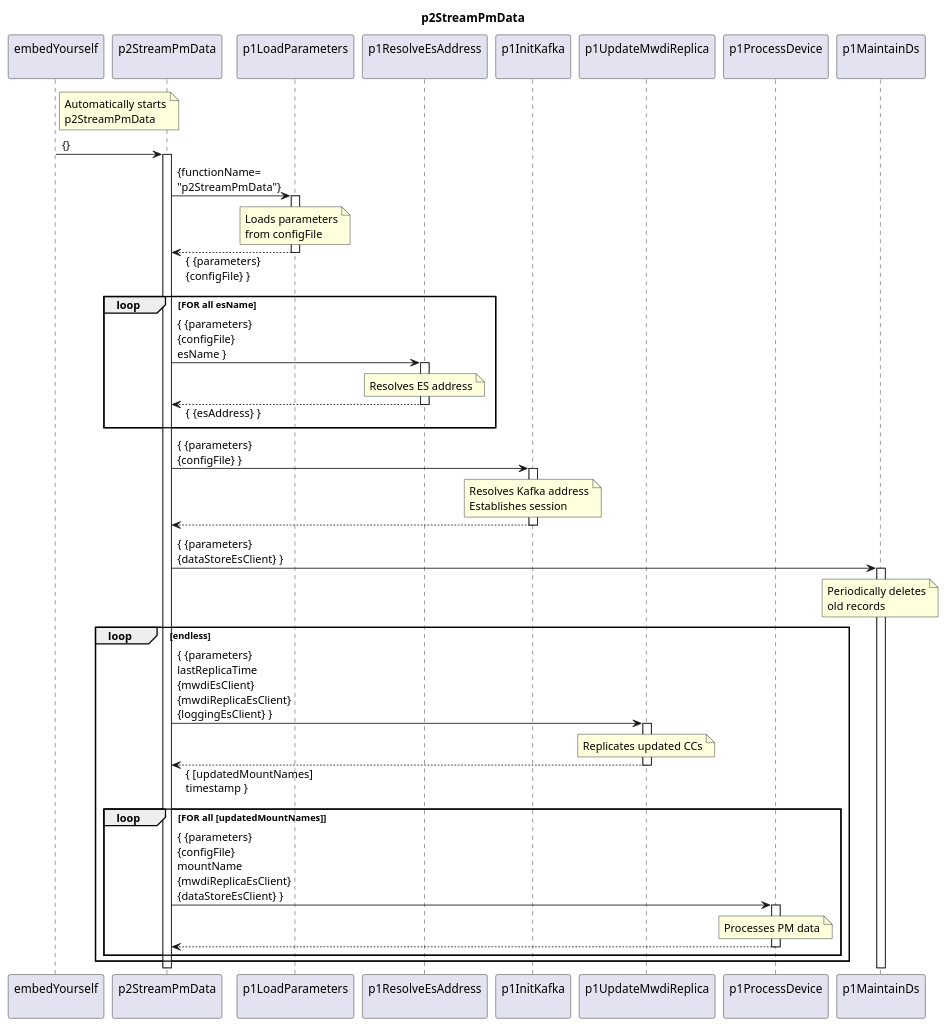
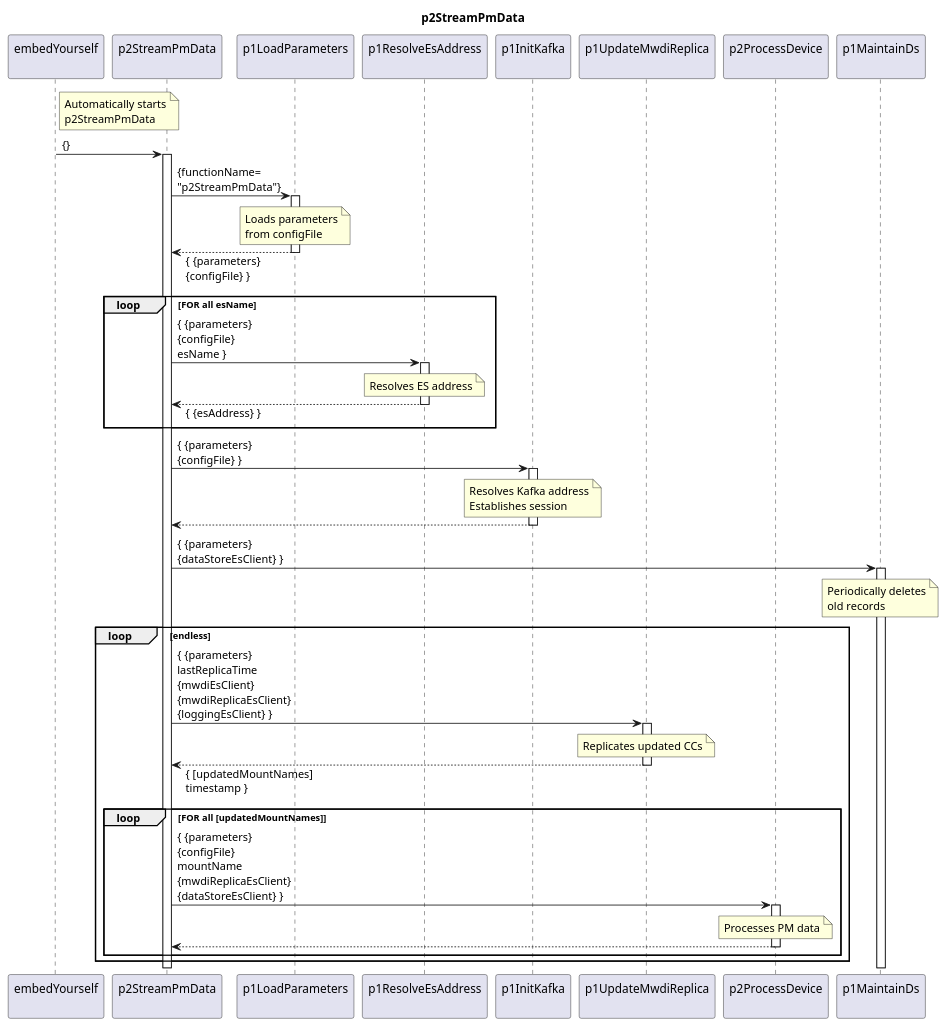
One commit to openBackhaul/DevicePerformanceManagementDataProcessor changed the diagram in spec/Functions/p2StreamPmData/1.0.0/p1StreamPmData.plantuml. Above: the diagram before and after it, drawn with PlantUML. The commit also changed 52 other files, not shown here.

```diff
--- a/spec/Functions/p2StreamPmData/1.0.0/p1StreamPmData.plantuml
+++ b/spec/Functions/p2StreamPmData/1.0.0/p1StreamPmData.plantuml
@@ -1,83 +1,83 @@
 @startuml p2StreamPmData
 skinparam responseMessageBelowArrow true
 
 title
   p2StreamPmData
 end title
 
 participant "embedYourself\n" as embed
 participant "p2StreamPmData\n" as p1RMWDI
 participant "p1LoadParameters\n" as p1LP
 participant "p1ResolveEsAddress\n" as p1REA
 participant "p1InitKafka\n" as p1InitKafka
 participant "p1UpdateMwdiReplica\n" as p1UMR
-participant "p1ProcessDevice\n" as p1ProcessPm
+participant "p2ProcessDevice\n" as p1ProcessPm
 participant "p1MaintainDs\n" as p1MDS
 
 note right embed
   Automatically starts
   p2StreamPmData
 end note
 embed -> p1RMWDI : {}
 activate p1RMWDI
 
   p1RMWDI -> p1LP : {functionName=\n"p2StreamPmData"}
   activate p1LP
     note over p1LP
       Loads parameters
       from configFile
     end note
   p1RMWDI <-- p1LP : { {parameters}\n{configFile} }
   deactivate p1LP
 
   Loop FOR all esName
     p1RMWDI -> p1REA : { {parameters}\n{configFile}\nesName }
     activate p1REA
       note over p1REA
         Resolves ES address
       end note
     p1RMWDI <-- p1REA : { {esAddress} }
     deactivate p1REA
   end Loop
 
     p1RMWDI -> p1InitKafka : { {parameters}\n{configFile} }
     activate p1InitKafka
 
       note over p1InitKafka
         Resolves Kafka address
         Establishes session
       end note
 
     p1RMWDI <-- p1InitKafka
     deactivate p1InitKafka
 
   p1RMWDI -> p1MDS : { {parameters}\n{dataStoreEsClient} }
   activate p1MDS
     note over p1MDS
       Periodically deletes
       old records
     end note
 
   loop endless
 
     p1RMWDI -> p1UMR : { {parameters}\nlastReplicaTime\n{mwdiEsClient}\n{mwdiReplicaEsClient}\n{loggingEsClient} }
     activate p1UMR
       note over p1UMR
         Replicates updated CCs
       end note
     p1RMWDI <-- p1UMR : { [updatedMountNames]\ntimestamp }
     deactivate p1UMR
 
     loop FOR all [updatedMountNames]
       p1RMWDI -> p1ProcessPm : { {parameters}\n{configFile}\nmountName\n{mwdiReplicaEsClient}\n{dataStoreEsClient} }
       activate p1ProcessPm
         note over p1ProcessPm
           Processes PM data
         end note
       p1RMWDI <-- p1ProcessPm
       deactivate p1ProcessPm
     end loop
 
   end loop
 
 @enduml
```
